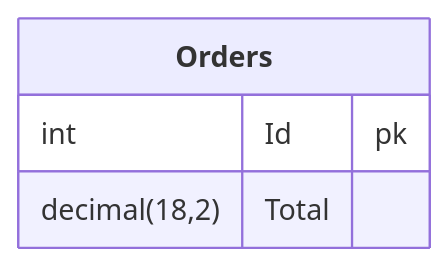
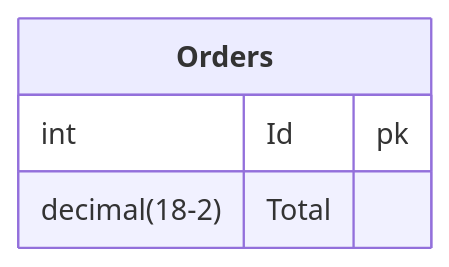
The diagram in src/SqlServerToMermaidTool.Tests/IntegrationTests.RawSql_ToMarkdown.verified.md (SimonCropp/DbToMermaid), drawn with Mermaid before and after one commit. The commit also changed 13 other files, not shown here.

First line of the commit message:
Make multi-parameter column types Mermaid-parseable; add relationshipLabels option (#32)

````diff
--- a/src/SqlServerToMermaidTool.Tests/IntegrationTests.RawSql_ToMarkdown.verified.md
+++ b/src/SqlServerToMermaidTool.Tests/IntegrationTests.RawSql_ToMarkdown.verified.md
@@ -1,7 +1,7 @@
 ```mermaid
 erDiagram
   "Orders"["**Orders**"] {
     int Id pk
-    decimal(18,2) Total
+    decimal(18-2) Total
   }
 ```
````
